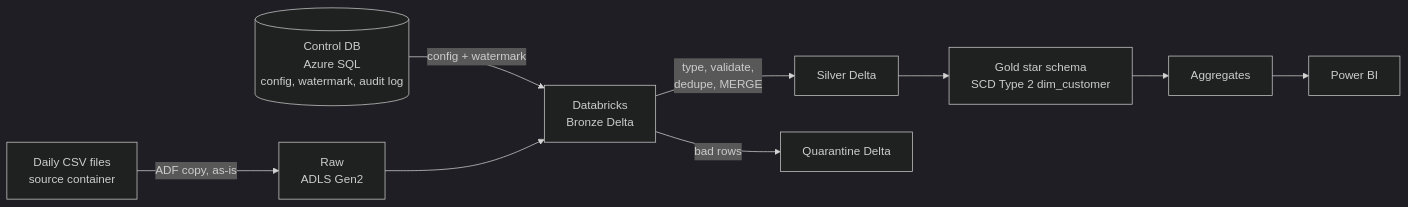
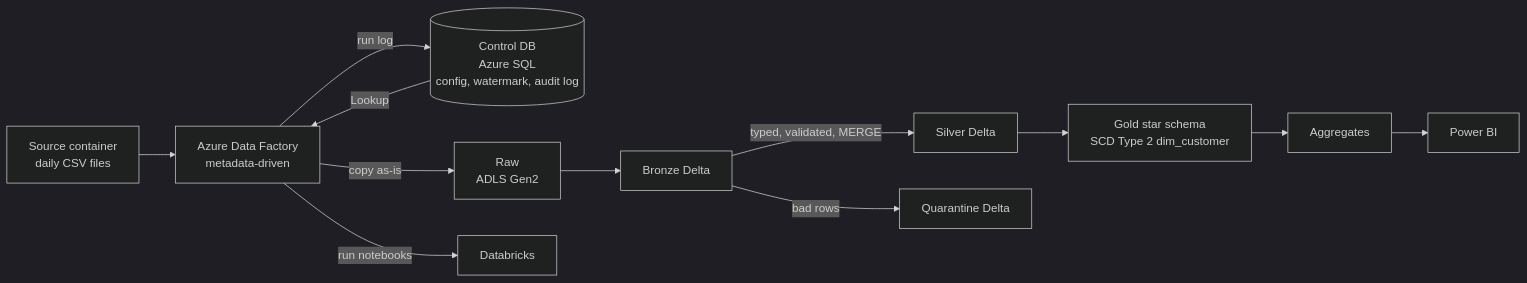
The diagram in README.md (dspshiva/retail-lakehouse-azure), drawn with Mermaid (dark theme) before and after one commit. The commit also changed other lines of this file, not shown here.

Commit message:
Revise README with project status and SQL steps
Updated project status and clarified SQL execution steps.

````diff
--- a/README.md
+++ b/README.md
@@ -12,11 +12,14 @@
 ```mermaid
 flowchart LR
-    A[Daily CSV files<br/>source container] -->|ADF copy, as-is| B[Raw<br/>ADLS Gen2]
-    C[(Control DB<br/>Azure SQL<br/>config, watermark, audit log)] -->|config + watermark| D
-    B --> D[Databricks<br/>Bronze Delta]
-    D -->|type, validate,<br/>dedupe, MERGE| E[Silver Delta]
-    D -->|bad rows| Q[Quarantine Delta]
-    E --> F[Gold star schema<br/>SCD Type 2 dim_customer]
-    F --> H[Aggregates]
-    H --> G[Power BI]
+    S[Source container<br/>daily CSV files] --> ADF[Azure Data Factory<br/>metadata-driven]
+    CT[(Control DB<br/>Azure SQL<br/>config, watermark, audit log)] -->|Lookup| ADF
+    ADF -->|copy as-is| R[Raw<br/>ADLS Gen2]
+    ADF -->|run notebooks| DBX[Databricks]
+    R --> BR[Bronze Delta]
+    BR -->|typed, validated, MERGE| SV[Silver Delta]
+    BR -->|bad rows| Q[Quarantine Delta]
+    SV --> G[Gold star schema<br/>SCD Type 2 dim_customer]
+    G --> AG[Aggregates]
+    AG --> PBI[Power BI]
+    ADF -->|run log| CT
 ```
````
